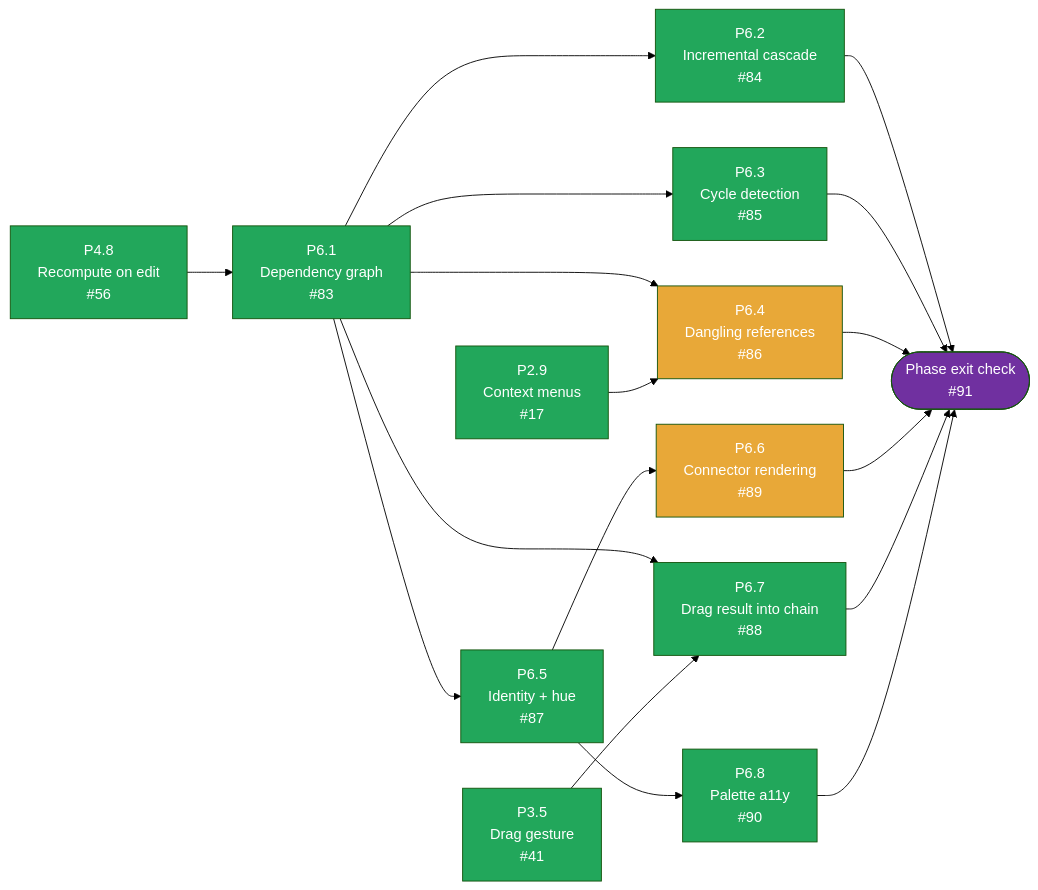
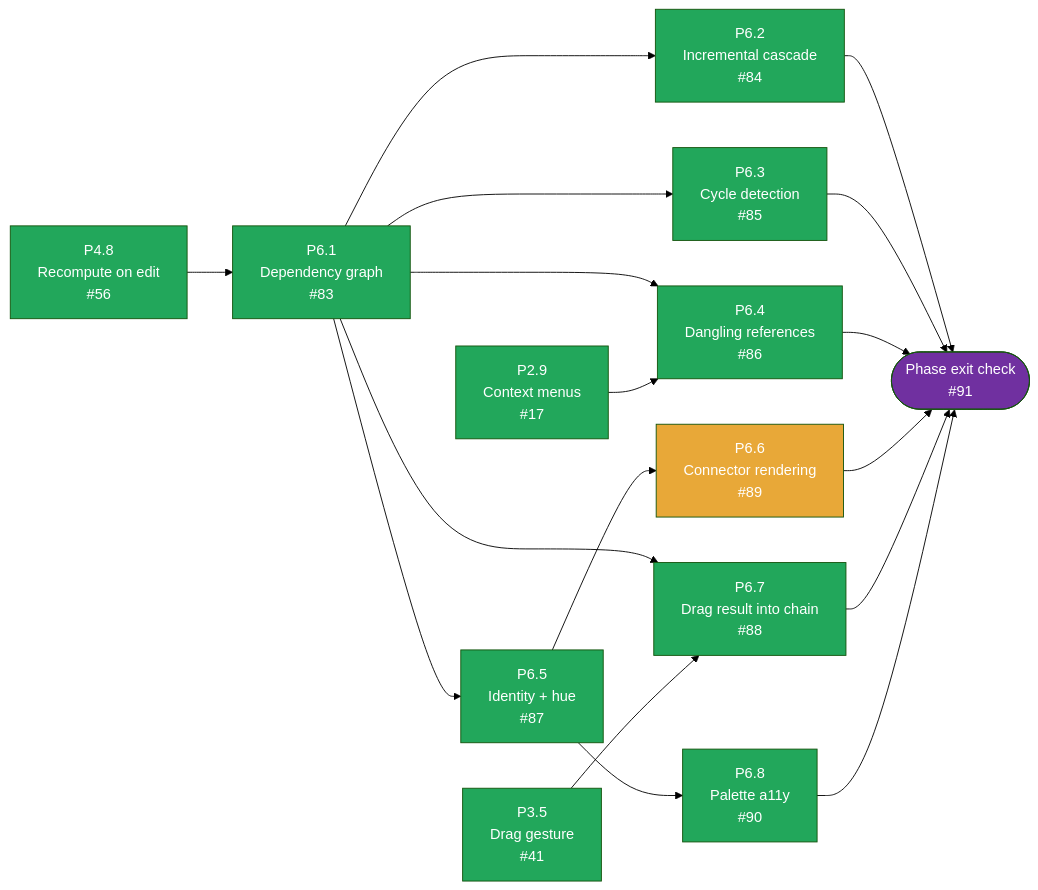
One commit to tousifosman/CalcMind changed the fifth of 5 diagrams in docs/DEVELOPMENT_PLAN.md. Above: the diagram before and after it, drawn with Mermaid (forest theme). The commit also changed other lines of this file and 20 other files, not shown here.

````diff
--- a/docs/DEVELOPMENT_PLAN.md
+++ b/docs/DEVELOPMENT_PLAN.md
@@ -929,47 +929,46 @@
 ```mermaid
 flowchart LR
     P48["P4.8<br/>Recompute on edit<br/>#56"]
     P29["P2.9<br/>Context menus<br/>#17"]
     P35["P3.5<br/>Drag gesture<br/>#41"]
     P61["P6.1<br/>Dependency graph<br/>#83"]
     P62["P6.2<br/>Incremental cascade<br/>#84"]
     P63["P6.3<br/>Cycle detection<br/>#85"]
     P64["P6.4<br/>Dangling references<br/>#86"]
     P65["P6.5<br/>Identity + hue<br/>#87"]
     P66["P6.6<br/>Connector rendering<br/>#89"]
     P67["P6.7<br/>Drag result into chain<br/>#88"]
     P68["P6.8<br/>Palette a11y<br/>#90"]
     EXIT(["Phase exit check<br/>#91"])
 
     P48 --> P61
     P61 --> P62
     P61 --> P63
     P61 --> P64
     P29 --> P64
     P61 --> P65
     P65 --> P66
     P61 --> P67
     P35 --> P67
     P65 --> P68
 
     P62 --> EXIT
     P63 --> EXIT
     P64 --> EXIT
     P66 --> EXIT
     P67 --> EXIT
     P68 --> EXIT
 
     style P48 fill:#22A75B,color:#fff
     style P29 fill:#22A75B,color:#fff
     style P35 fill:#22A75B,color:#fff
     style P61 fill:#22A75B,color:#fff
     style P62 fill:#22A75B,color:#fff
     style P63 fill:#22A75B,color:#fff
-
-    style P64 fill:#E8A838,color:#fff
+    style P64 fill:#22A75B,color:#fff
     style P65 fill:#22A75B,color:#fff
     style P66 fill:#E8A838,color:#fff
     style P67 fill:#22A75B,color:#fff
     style P68 fill:#22A75B,color:#fff
     style EXIT fill:#7030A0,color:#fff
 ```
````
